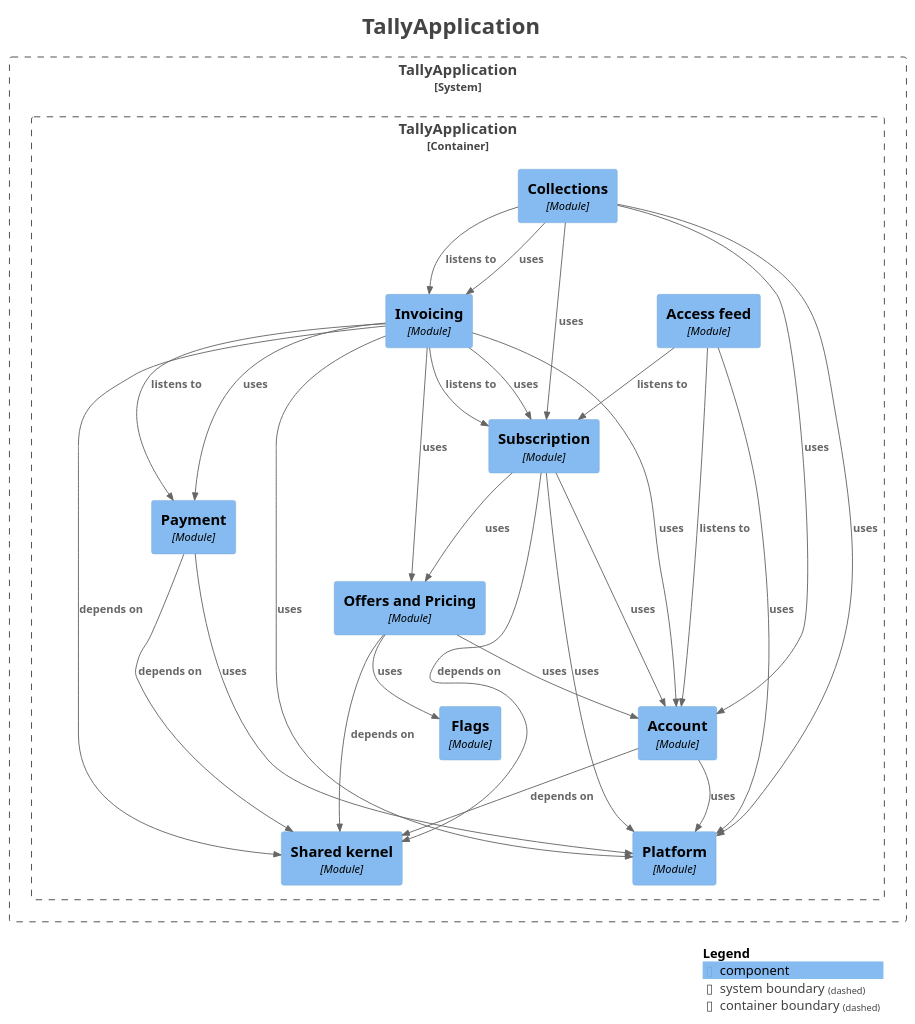
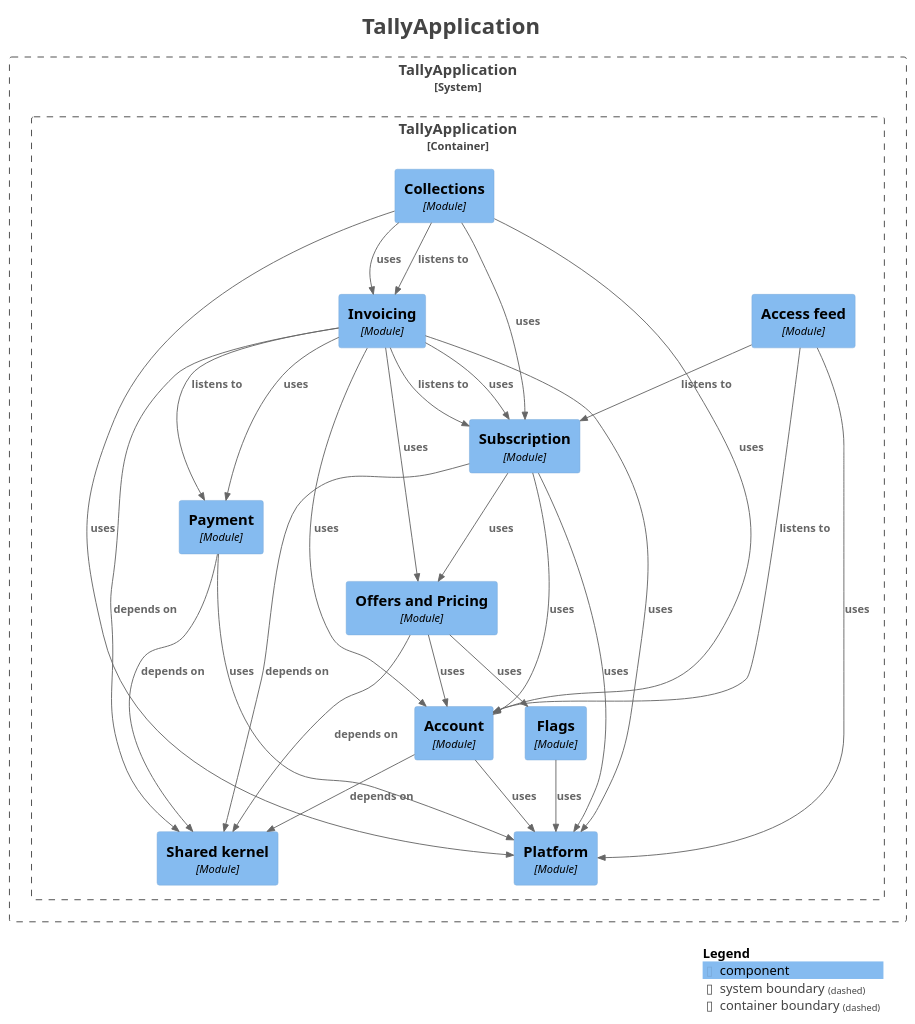
The diagram in docs/architecture/v2/components.puml (waleedarafa/tally), drawn with PlantUML before and after one commit. The commit also changed 2 other files, not shown here.

Commit message:
Add the flags admin controller: ten /v1/admin/flags endpoints (WAR-66 follow-up, ADR-053)
ContractIT.everyEndpointOfTheApplicationIsSpecified is red until the OpenAPI entries land in step 3d.

```diff
--- a/docs/architecture/v2/components.puml
+++ b/docs/architecture/v2/components.puml
@@ -1,64 +1,65 @@
 @startuml
 title <size:24>TallyApplication</size>
 
 set separator none
 top to bottom direction
 
 <style>
   root {
     BackgroundColor: #ffffff
     FontColor: #444444
   }
 </style>
 
 !include <C4/C4>
 !include <C4/C4_Context>
 !include <C4/C4_Component>
 
 System_Boundary("TallyApplication_boundary", "TallyApplication", $tags="") {
   Container_Boundary("TallyApplication.TallyApplication_boundary", "TallyApplication", $tags="") {
     Component(TallyApplication.TallyApplication.Accessfeed, "Access feed", $techn="Module", $descr="", $tags="", $link="")
     Component(TallyApplication.TallyApplication.Account, "Account", $techn="Module", $descr="", $tags="", $link="")
     Component(TallyApplication.TallyApplication.Collections, "Collections", $techn="Module", $descr="", $tags="", $link="")
     Component(TallyApplication.TallyApplication.Flags, "Flags", $techn="Module", $descr="", $tags="", $link="")
     Component(TallyApplication.TallyApplication.Invoicing, "Invoicing", $techn="Module", $descr="", $tags="", $link="")
     Component(TallyApplication.TallyApplication.OffersandPricing, "Offers and Pricing", $techn="Module", $descr="", $tags="", $link="")
     Component(TallyApplication.TallyApplication.Payment, "Payment", $techn="Module", $descr="", $tags="", $link="")
     Component(TallyApplication.TallyApplication.Platform, "Platform", $techn="Module", $descr="", $tags="", $link="")
     Component(TallyApplication.TallyApplication.Sharedkernel, "Shared kernel", $techn="Module", $descr="", $tags="", $link="")
     Component(TallyApplication.TallyApplication.Subscription, "Subscription", $techn="Module", $descr="", $tags="", $link="")
   }
 
 }
 
 Rel(TallyApplication.TallyApplication.Accessfeed, TallyApplication.TallyApplication.Account, "listens to", $techn="", $tags="", $link="")
 Rel(TallyApplication.TallyApplication.Accessfeed, TallyApplication.TallyApplication.Platform, "uses", $techn="", $tags="", $link="")
 Rel(TallyApplication.TallyApplication.Accessfeed, TallyApplication.TallyApplication.Subscription, "listens to", $techn="", $tags="", $link="")
 Rel(TallyApplication.TallyApplication.Account, TallyApplication.TallyApplication.Platform, "uses", $techn="", $tags="", $link="")
 Rel(TallyApplication.TallyApplication.Account, TallyApplication.TallyApplication.Sharedkernel, "depends on", $techn="", $tags="", $link="")
 Rel(TallyApplication.TallyApplication.Collections, TallyApplication.TallyApplication.Account, "uses", $techn="", $tags="", $link="")
 Rel(TallyApplication.TallyApplication.Collections, TallyApplication.TallyApplication.Invoicing, "listens to", $techn="", $tags="", $link="")
 Rel(TallyApplication.TallyApplication.Collections, TallyApplication.TallyApplication.Invoicing, "uses", $techn="", $tags="", $link="")
 Rel(TallyApplication.TallyApplication.Collections, TallyApplication.TallyApplication.Platform, "uses", $techn="", $tags="", $link="")
 Rel(TallyApplication.TallyApplication.Collections, TallyApplication.TallyApplication.Subscription, "uses", $techn="", $tags="", $link="")
+Rel(TallyApplication.TallyApplication.Flags, TallyApplication.TallyApplication.Platform, "uses", $techn="", $tags="", $link="")
 Rel(TallyApplication.TallyApplication.Invoicing, TallyApplication.TallyApplication.Account, "uses", $techn="", $tags="", $link="")
 Rel(TallyApplication.TallyApplication.Invoicing, TallyApplication.TallyApplication.OffersandPricing, "uses", $techn="", $tags="", $link="")
 Rel(TallyApplication.TallyApplication.Invoicing, TallyApplication.TallyApplication.Payment, "listens to", $techn="", $tags="", $link="")
 Rel(TallyApplication.TallyApplication.Invoicing, TallyApplication.TallyApplication.Payment, "uses", $techn="", $tags="", $link="")
 Rel(TallyApplication.TallyApplication.Invoicing, TallyApplication.TallyApplication.Platform, "uses", $techn="", $tags="", $link="")
 Rel(TallyApplication.TallyApplication.Invoicing, TallyApplication.TallyApplication.Sharedkernel, "depends on", $techn="", $tags="", $link="")
 Rel(TallyApplication.TallyApplication.Invoicing, TallyApplication.TallyApplication.Subscription, "listens to", $techn="", $tags="", $link="")
 Rel(TallyApplication.TallyApplication.Invoicing, TallyApplication.TallyApplication.Subscription, "uses", $techn="", $tags="", $link="")
 Rel(TallyApplication.TallyApplication.OffersandPricing, TallyApplication.TallyApplication.Account, "uses", $techn="", $tags="", $link="")
 Rel(TallyApplication.TallyApplication.OffersandPricing, TallyApplication.TallyApplication.Flags, "uses", $techn="", $tags="", $link="")
 Rel(TallyApplication.TallyApplication.OffersandPricing, TallyApplication.TallyApplication.Sharedkernel, "depends on", $techn="", $tags="", $link="")
 Rel(TallyApplication.TallyApplication.Payment, TallyApplication.TallyApplication.Platform, "uses", $techn="", $tags="", $link="")
 Rel(TallyApplication.TallyApplication.Payment, TallyApplication.TallyApplication.Sharedkernel, "depends on", $techn="", $tags="", $link="")
 Rel(TallyApplication.TallyApplication.Subscription, TallyApplication.TallyApplication.Account, "uses", $techn="", $tags="", $link="")
 Rel(TallyApplication.TallyApplication.Subscription, TallyApplication.TallyApplication.OffersandPricing, "uses", $techn="", $tags="", $link="")
 Rel(TallyApplication.TallyApplication.Subscription, TallyApplication.TallyApplication.Platform, "uses", $techn="", $tags="", $link="")
 Rel(TallyApplication.TallyApplication.Subscription, TallyApplication.TallyApplication.Sharedkernel, "depends on", $techn="", $tags="", $link="")
 
 SHOW_LEGEND(true)
 hide stereotypes
 @enduml
```
